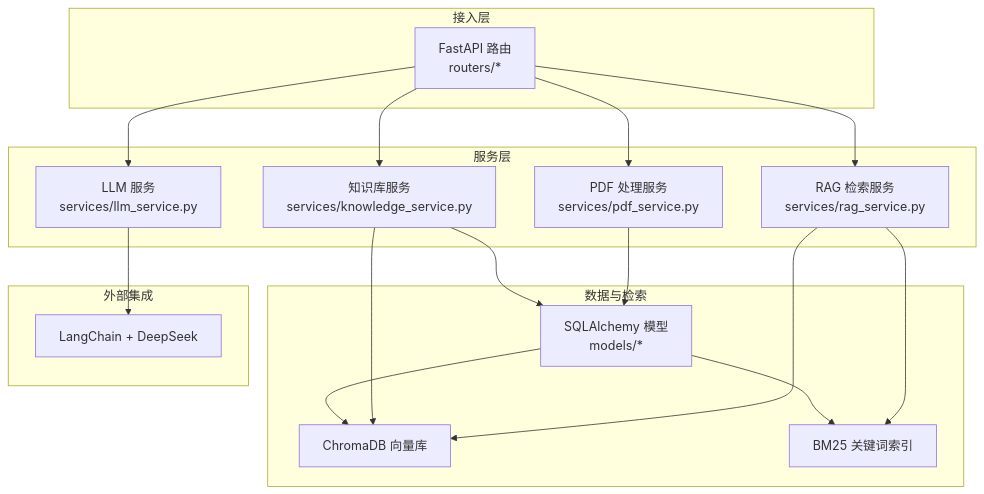
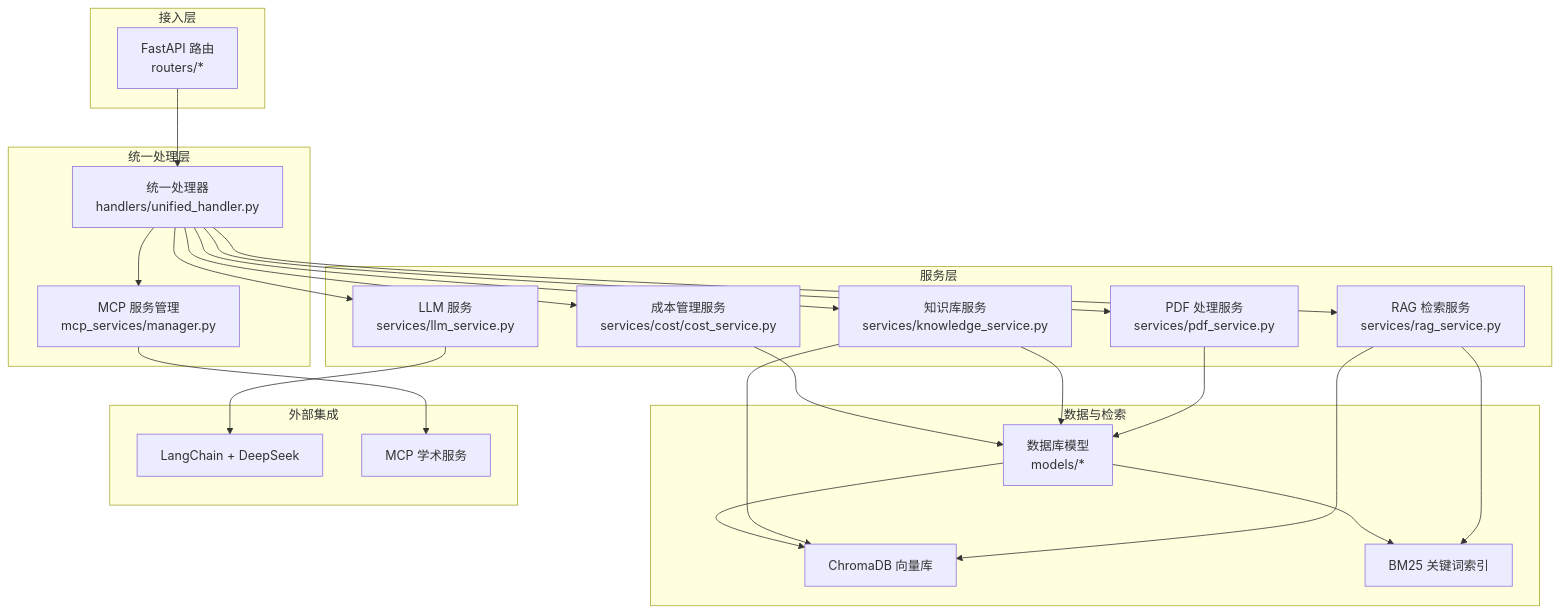
One commit to laohanhahaha/PaperChat changed the second of 8 diagrams in .qoder/repowiki/zh/content/后端系统/后端系统.md. Above: the diagram before and after it, drawn with Mermaid. The commit also changed other lines of this file and 59 other files, not shown here.

````diff
--- a/.qoder/repowiki/zh/content/后端系统/后端系统.md
+++ b/.qoder/repowiki/zh/content/后端系统/后端系统.md
@@ -85,32 +111,43 @@
 ```mermaid
 graph TB
 subgraph "接入层"
 R["FastAPI 路由<br/>routers/*"]
+end
+subgraph "统一处理层"
+U["统一处理器<br/>handlers/unified_handler.py"]
+M["MCP 服务管理<br/>mcp_services/manager.py"]
 end
 subgraph "服务层"
 S1["LLM 服务<br/>services/llm_service.py"]
 S2["RAG 检索服务<br/>services/rag_service.py"]
 S3["PDF 处理服务<br/>services/pdf_service.py"]
 S4["知识库服务<br/>services/knowledge_service.py"]
+S5["成本管理服务<br/>services/cost/cost_service.py"]
 end
 subgraph "数据与检索"
-M["SQLAlchemy 模型<br/>models/*"]
-V["ChromaDB 向量库"]
-W["BM25 关键词索引"]
+D1["数据库模型<br/>models/*"]
+D2["ChromaDB 向量库"]
+D3["BM25 关键词索引"]
 end
 subgraph "外部集成"
 L["LangChain + DeepSeek"]
+E["MCP 学术服务"]
 end
-R --> S1
-R --> S2
-R --> S3
-R --> S4
+R --> U
+U --> M
+U --> S1
+U --> S2
+U --> S3
+U --> S4
+U --> S5
 S1 --> L
-S2 --> V
-S2 --> W
-S3 --> M
-S4 --> M
-S4 --> V
-M --> V
-M --> W
+S2 --> D2
+S2 --> D3
+S3 --> D1
+S4 --> D1
+S4 --> D2
+S5 --> D1
+M --> E
+D1 --> D2
+D1 --> D3
 ```
````
